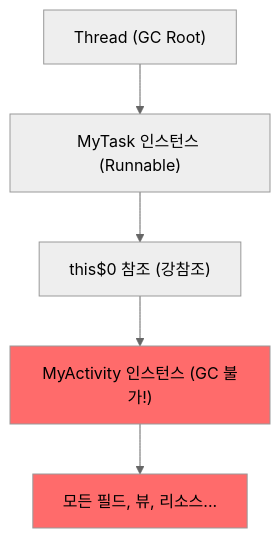
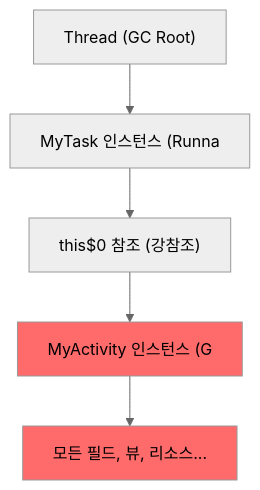
The second of 3 diagrams in _posts/java/2026-05-01-java-nested-class.md (yjkim2015/yjkim2015.github.io), drawn with Mermaid (neutral theme) before and after one commit. The commit also changed other lines of this file and 271 other files, not shown here.

First line of the commit message:
Mermaid 라벨 축소: 긴 노드 텍스트 18자 이하로 트림 + \n 제거

````diff
--- a/_posts/java/2026-05-01-java-nested-class.md
+++ b/_posts/java/2026-05-01-java-nested-class.md
@@ -347,9 +347,9 @@
 ```mermaid
 graph TD
-    A["Thread (GC Root)"] --> B["MyTask 인스턴스 (Runnable)"]
+    A["Thread (GC Root)"] --> B["MyTask 인스턴스 (Runna"]
     B --> C["this$0 참조 (강참조)"]
-    C --> D["MyActivity 인스턴스 (GC 불가!)"]
+    C --> D["MyActivity 인스턴스 (G"]
     D --> E["모든 필드, 뷰, 리소스..."]
     style D fill:#ff6b6b
     style E fill:#ff6b6b
 ```
````
